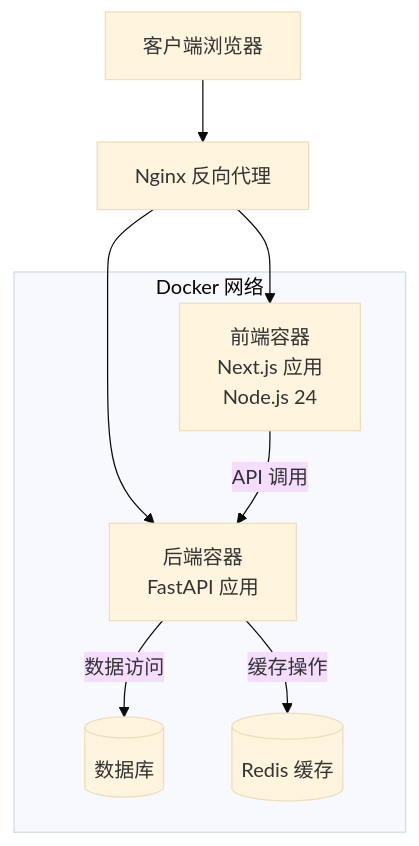
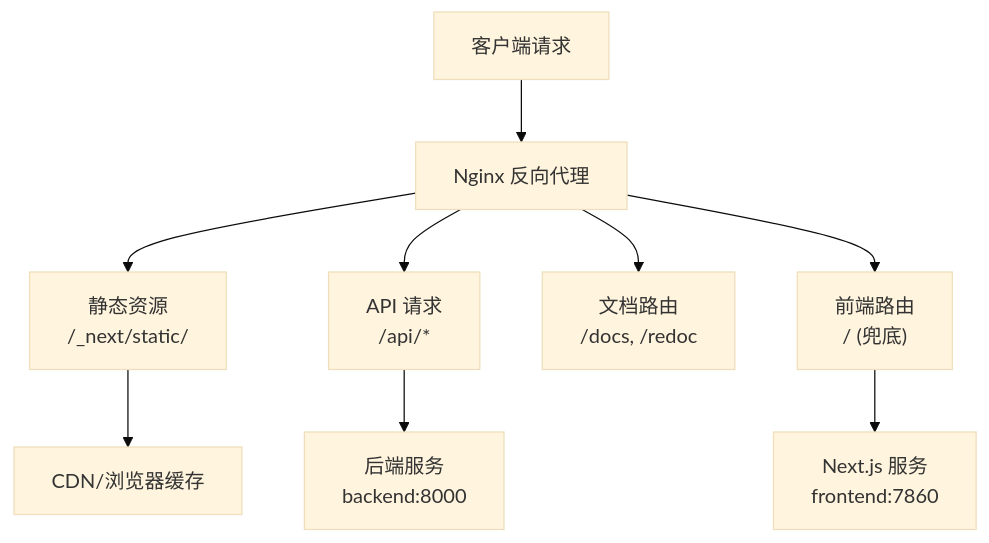
The sixth of 6 diagrams in .qoder/repowiki/zh/content/开发指南/部署指南/前端应用部署.md (gujialind/InvestRing), drawn with Mermaid (base theme) before and after one commit. The commit also changed other lines of this file and 65 other files, not shown here.

````diff
--- a/.qoder/repowiki/zh/content/开发指南/部署指南/前端应用部署.md
+++ b/.qoder/repowiki/zh/content/开发指南/部署指南/前端应用部署.md
@@ -45,15 +235,11 @@
 ```mermaid
 graph TB
-Client[客户端浏览器] --> Nginx[Nginx 反向代理]
-Nginx --> Frontend[前端容器<br/>Next.js 应用<br/>Node.js 24]
-Nginx --> Backend[后端容器<br/>FastAPI 应用]
-subgraph "Docker 网络"
-Frontend
-Backend
-Database[(数据库)]
-Redis[(Redis 缓存)]
-end
-Frontend --> |API 调用| Backend
-Backend --> |数据访问| Database
-Backend --> |缓存操作| Redis
+Client["客户端请求"] --> Nginx["Nginx 反向代理"]
+Nginx --> Static["静态资源<br/>/_next/static/"]
+Nginx --> API["API 请求<br/>/api/*"]
+Nginx --> Docs["文档路由<br/>/docs, /redoc"]
+Nginx --> Frontend["前端路由<br/>/ (兜底)"]
+Static --> Cache["CDN/浏览器缓存"]
+API --> Backend["后端服务<br/>backend:8000"]
+Frontend --> NextJS["Next.js 服务<br/>frontend:7860"]
 ```
````
